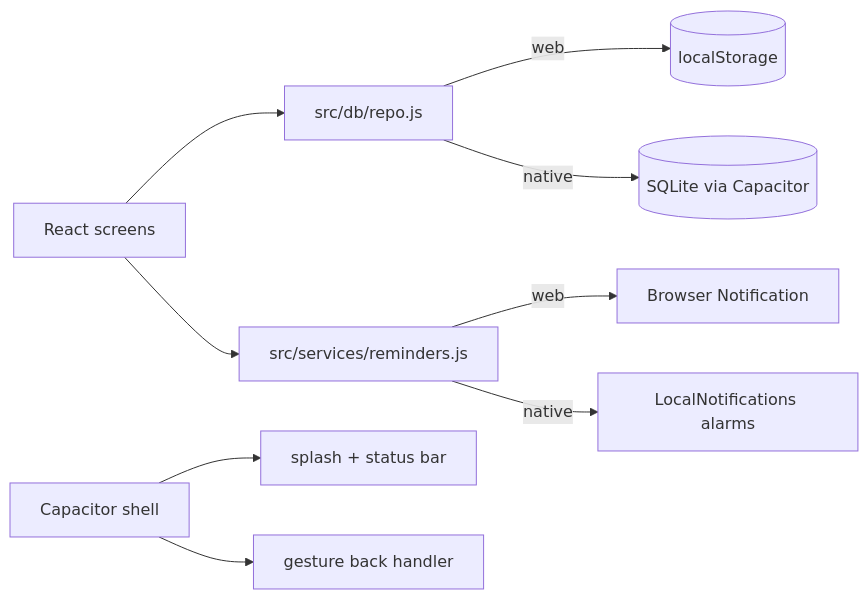
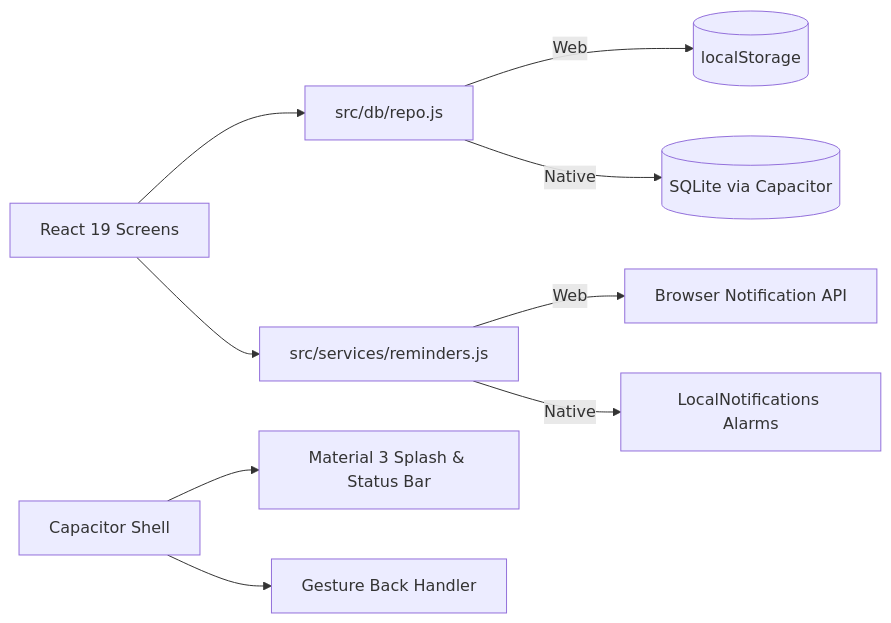
One commit to prathameshlonare/habit-tracker changed the diagram in README.md. Above: the diagram before and after it, drawn with Mermaid. The commit also changed other lines of this file and 2 other files, not shown here.

Commit message:
docs: modernize README with custom banner and visual architecture diagram

````diff
--- a/README.md
+++ b/README.md
@@ -75,11 +91,11 @@
 ```mermaid
 flowchart LR
-    UI[React screens] --> Repo[src/db/repo.js]
-    Repo -->|web| LS[(localStorage)]
-    Repo -->|native| SQL[(SQLite via Capacitor)]
+    UI[React 19 Screens] --> Repo[src/db/repo.js]
+    Repo -->|Web| LS[(localStorage)]
+    Repo -->|Native| SQL[(SQLite via Capacitor)]
     UI --> Rem[src/services/reminders.js]
-    Rem -->|web| WN[Browser Notification]
-    Rem -->|native| LN[LocalNotifications alarms]
-    App[Capacitor shell] --> Splash[splash + status bar]
-    App --> Back[gesture back handler]
+    Rem -->|Web| WN[Browser Notification API]
+    Rem -->|Native| LN[LocalNotifications Alarms]
+    App[Capacitor Shell] --> Splash[Material 3 Splash & Status Bar]
+    App --> Back[Gesture Back Handler]
 ```
````
